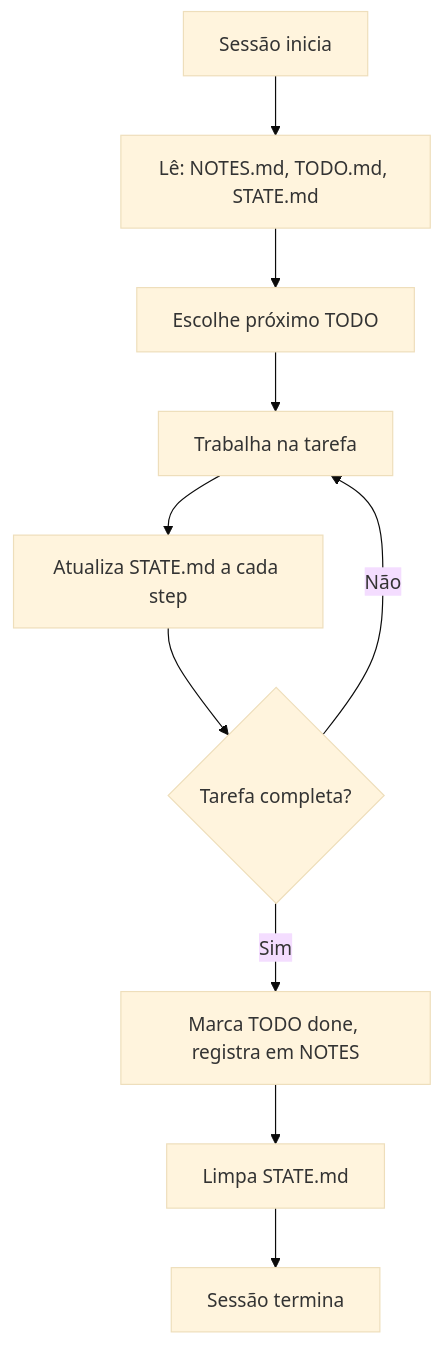
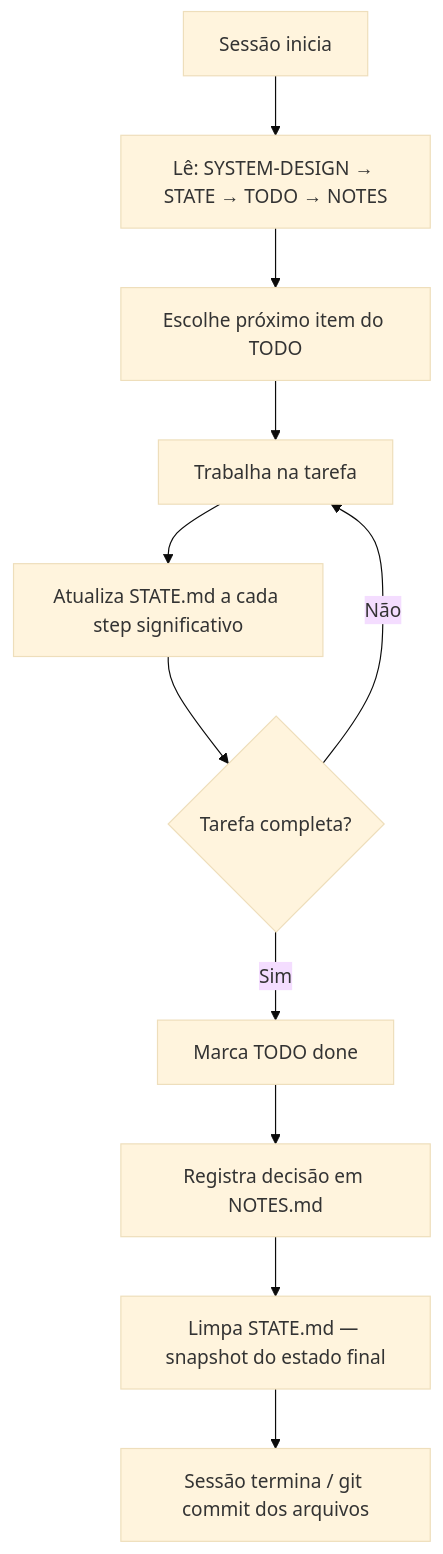
The diagram in 03-Dominios/Tecnologia/IA/Context Engineering/10 - Structured state tracking.md (josenaldo/codex-technomanticus), drawn with Mermaid (base theme) before and after one commit. The commit also changed other lines of this file, not shown here.

````diff
--- a/03-Dominios/Tecnologia/IA/Context Engineering/10 - Structured state tracking.md
+++ b/03-Dominios/Tecnologia/IA/Context Engineering/10 - Structured state tracking.md
@@ -128,12 +158,13 @@
 ```mermaid
 graph TB
-    A[Sessão inicia] --> B[Lê: NOTES.md, TODO.md, STATE.md]
-    B --> C[Escolhe próximo TODO]
+    A[Sessão inicia] --> B[Lê: SYSTEM-DESIGN → STATE → TODO → NOTES]
+    B --> C[Escolhe próximo item do TODO]
     C --> D[Trabalha na tarefa]
-    D --> E[Atualiza STATE.md a cada step]
+    D --> E[Atualiza STATE.md a cada step significativo]
     E --> F{Tarefa completa?}
     F -->|Não| D
-    F -->|Sim| G[Marca TODO done, registra em NOTES]
-    G --> H[Limpa STATE.md]
-    H --> I[Sessão termina]
+    F -->|Sim| G[Marca TODO done]
+    G --> H[Registra decisão em NOTES.md]
+    H --> I[Limpa STATE.md — snapshot do estado final]
+    I --> J[Sessão termina / git commit dos arquivos]
 ```
````
